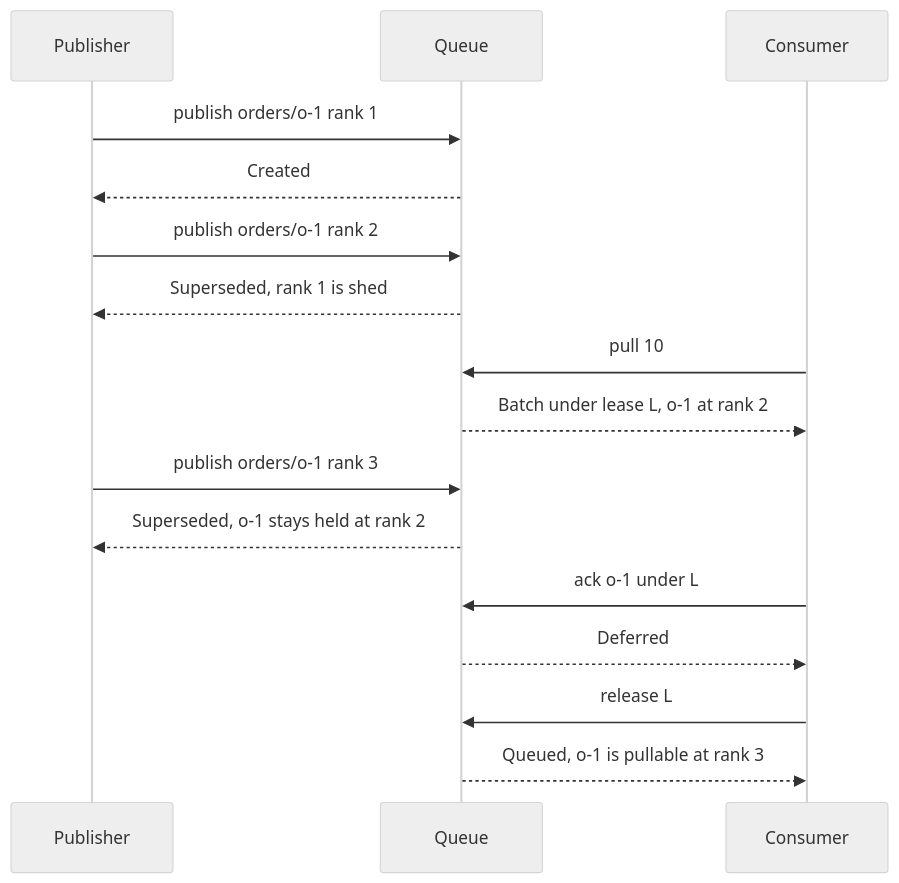
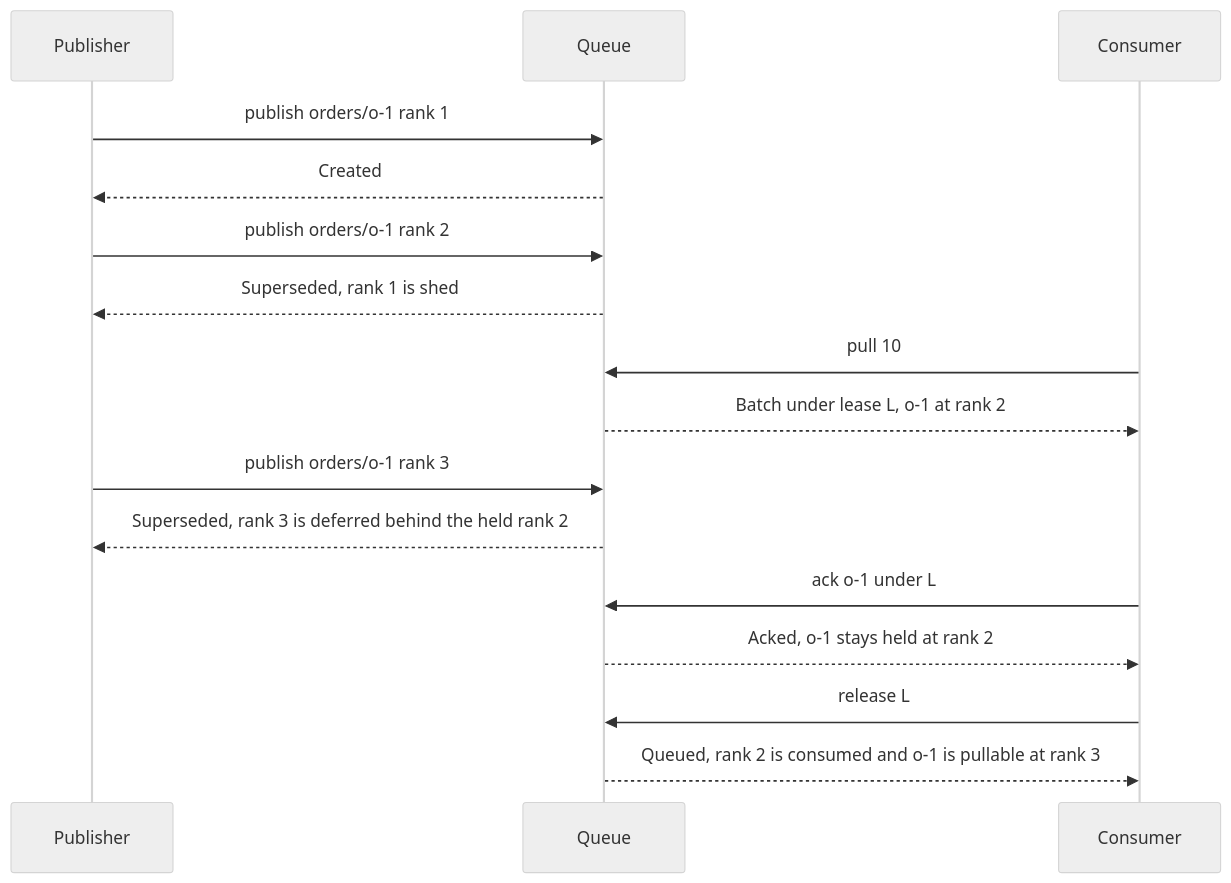
The fourth of 4 diagrams in crates/libpachinko/README.md (BiscuitBin/pachinko), drawn with Mermaid (neutral theme) before and after one commit. The commit also changed other lines of this file and 16 other files, not shown here.

````diff
--- a/crates/libpachinko/README.md
+++ b/crates/libpachinko/README.md
@@ -85,15 +92,15 @@
 ```mermaid
 sequenceDiagram
     Publisher->>Queue: publish orders/o-1 rank 1
     Queue-->>Publisher: Created
     Publisher->>Queue: publish orders/o-1 rank 2
     Queue-->>Publisher: Superseded, rank 1 is shed
     Consumer->>Queue: pull 10
     Queue-->>Consumer: Batch under lease L, o-1 at rank 2
     Publisher->>Queue: publish orders/o-1 rank 3
-    Queue-->>Publisher: Superseded, o-1 stays held at rank 2
+    Queue-->>Publisher: Superseded, rank 3 is deferred behind the held rank 2
     Consumer->>Queue: ack o-1 under L
-    Queue-->>Consumer: Deferred
+    Queue-->>Consumer: Acked, o-1 stays held at rank 2
     Consumer->>Queue: release L
-    Queue-->>Consumer: Queued, o-1 is pullable at rank 3
+    Queue-->>Consumer: Queued, rank 2 is consumed and o-1 is pullable at rank 3
 ```
````
